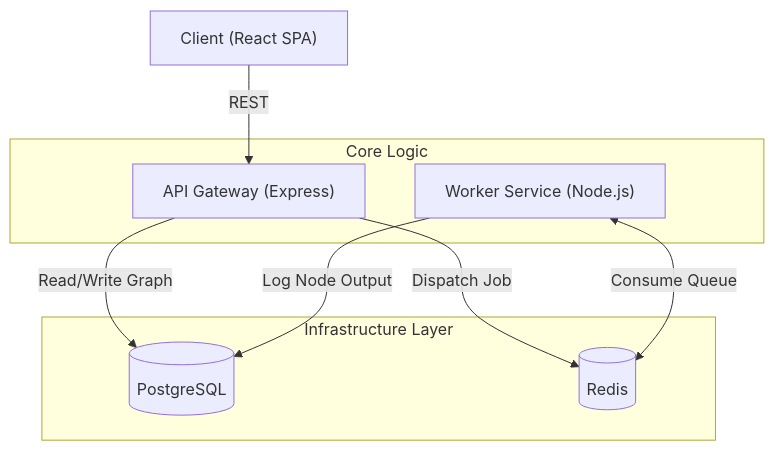
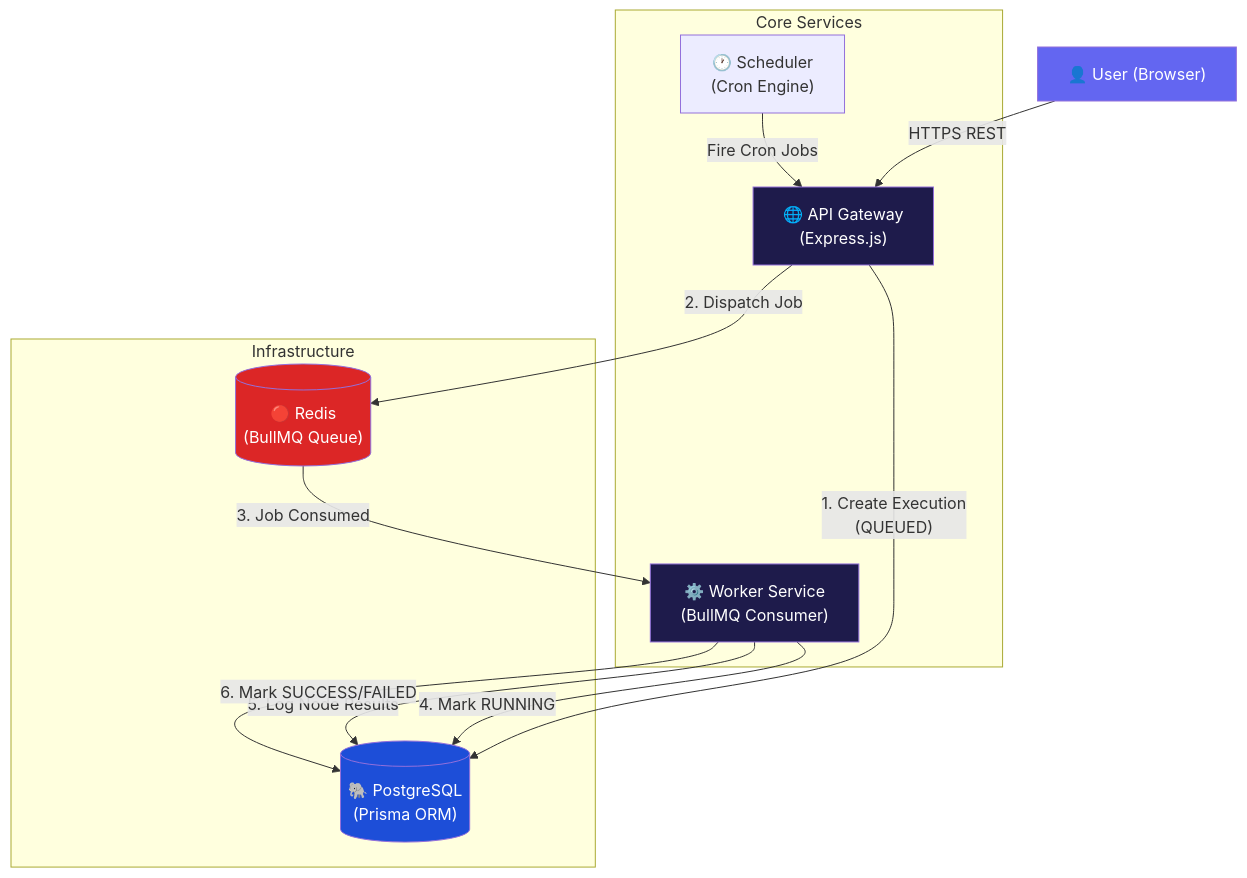
Before and after one commit to Ayush-o1/StarGate: the first of 3 diagrams in README.md, drawn with Mermaid. The commit also changed other lines of this file and 68 other files, not shown here.

````diff
--- a/README.md
+++ b/README.md
@@ -59,19 +142,29 @@
 ```mermaid
 graph TD
-    Client["Client (React SPA)"] -->|REST| API["API Gateway (Express)"]
-    
-    subgraph Core Logic
+    User["👤 User (Browser)"] -->|HTTPS REST| API["🌐 API Gateway\n(Express.js)"]
+
+    subgraph "Core Services"
         API
-        Worker["Worker Service (Node.js)"]
+        Worker["⚙️ Worker Service\n(BullMQ Consumer)"]
+        Scheduler["🕐 Scheduler\n(Cron Engine)"]
     end
-    
-    subgraph Infrastructure Layer
-        DB[(PostgreSQL)]
-        Redis[(Redis)]
+
+    subgraph "Infrastructure"
+        Redis[("🔴 Redis\n(BullMQ Queue)")]
+        DB[("🐘 PostgreSQL\n(Prisma ORM)")]
     end
-    
-    API -->|Read/Write Graph| DB
-    API -->|Dispatch Job| Redis
-    Worker <-->|Consume Queue| Redis
-    Worker -->|Log Node Output| DB
+
+    API -->|"1. Create Execution\n   (QUEUED)"| DB
+    API -->|"2. Dispatch Job"| Redis
+    Redis -->|"3. Job Consumed"| Worker
+    Worker -->|"4. Mark RUNNING"| DB
+    Worker -->|"5. Log Node Results"| DB
+    Worker -->|"6. Mark SUCCESS/FAILED"| DB
+    Scheduler -->|"Fire Cron Jobs"| API
+
+    style User fill:#6366f1,color:#fff
+    style API fill:#1e1b4b,color:#fff
+    style Worker fill:#1e1b4b,color:#fff
+    style Redis fill:#dc2626,color:#fff
+    style DB fill:#1d4ed8,color:#fff
 ```
````
